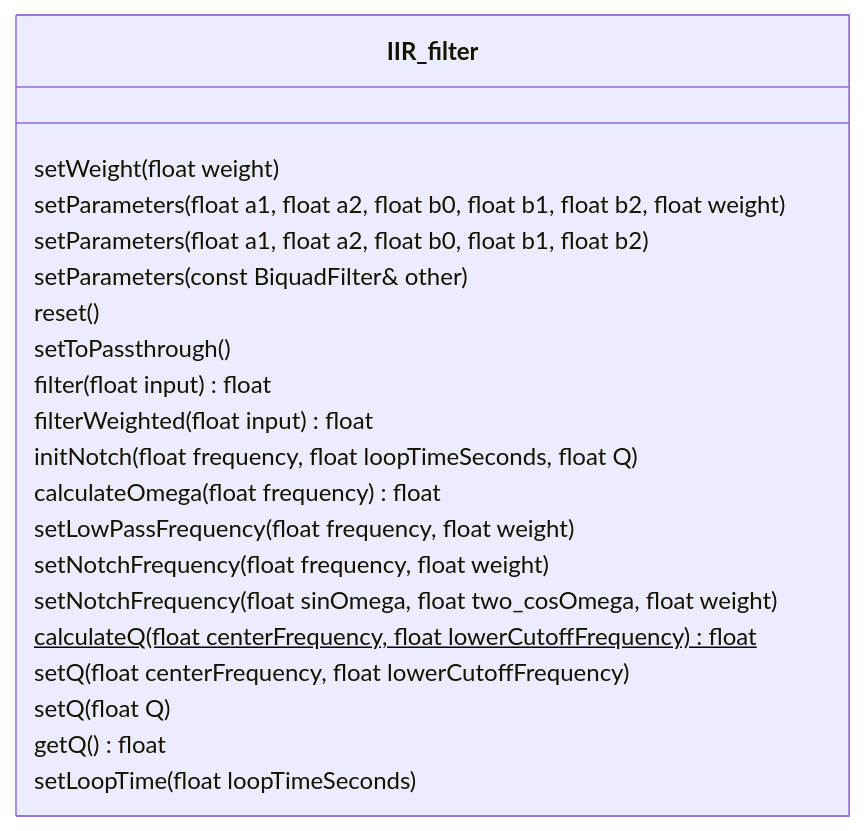
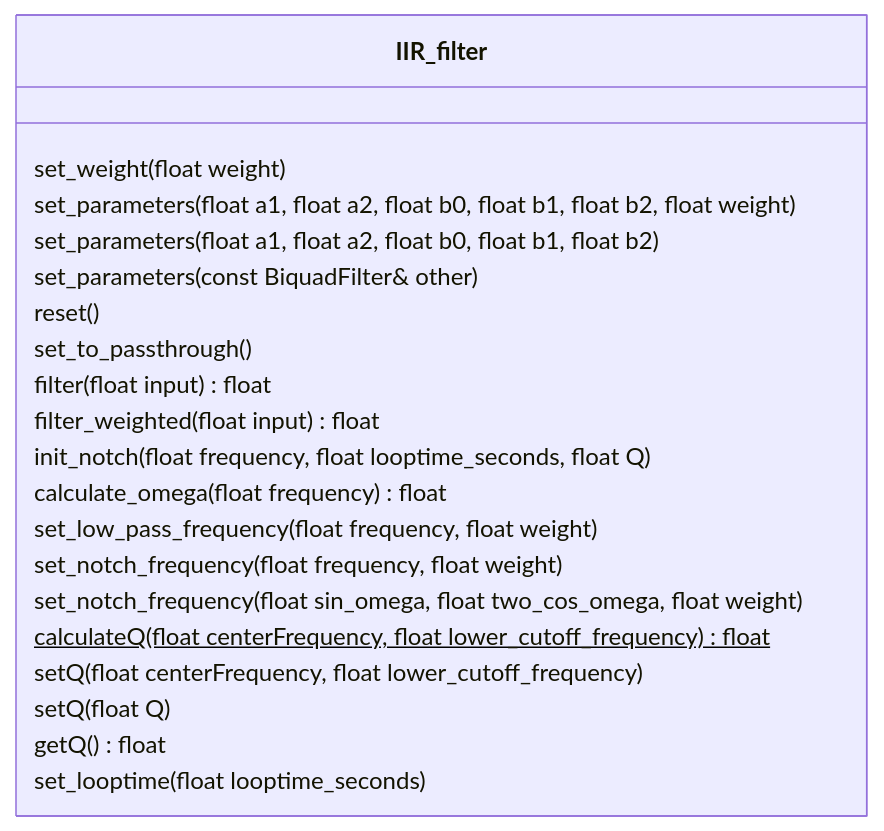
Before and after one commit to martinbudden/Library-Filters: the sixth of 6 diagrams in README.md, drawn with Mermaid. The commit also changed other lines of this file and 11 other files, not shown here.

````diff
--- a/README.md
+++ b/README.md
@@ -105,28 +105,28 @@
 ```mermaid
 classDiagram
     class IIR_filter {
-        setWeight(float weight)
-        setParameters(float a1, float a2, float b0, float b1, float b2, float weight)
-        setParameters(float a1, float a2, float b0, float b1, float b2)
-        setParameters(const BiquadFilter& other)
+        set_weight(float weight)
+        set_parameters(float a1, float a2, float b0, float b1, float b2, float weight)
+        set_parameters(float a1, float a2, float b0, float b1, float b2)
+        set_parameters(const BiquadFilter& other)
 
         reset()
-        setToPassthrough()
+        set_to_passthrough()
 
         filter(float input) float
-        filterWeighted(float input) float
+        filter_weighted(float input) float
 
-        initNotch(float frequency, float loopTimeSeconds, float Q)
+        init_notch(float frequency, float looptime_seconds, float Q)
 
-        calculateOmega(float frequency) float
-        setLowPassFrequency(float frequency, float weight)
-        setNotchFrequency(float frequency, float weight)
-        setNotchFrequency(float sinOmega, float two_cosOmega, float weight)
+        calculate_omega(float frequency) float
+        set_low_pass_frequency(float frequency, float weight)
+        set_notch_frequency(float frequency, float weight)
+        set_notch_frequency(float sin_omega, float two_cos_omega, float weight)
 
-        calculateQ(float centerFrequency, float lowerCutoffFrequency) float $
-        setQ(float centerFrequency, float lowerCutoffFrequency)
+        calculateQ(float centerFrequency, float lower_cutoff_frequency) float $
+        setQ(float centerFrequency, float lower_cutoff_frequency)
         setQ(float Q)
         getQ() float
-        setLoopTime(float loopTimeSeconds)
+        set_looptime(float looptime_seconds)
     }
 ```
````
